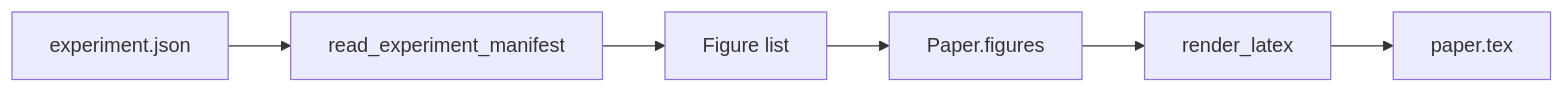
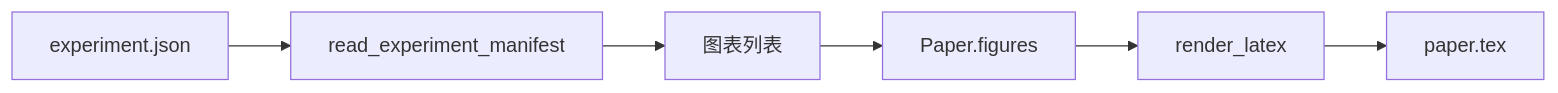
The second of 3 diagrams in phases/19-capstone-projects/54-paper-writer/docs/zh.md (alessandrodinisio-ai/ai-engineering-learning-framework), drawn with Mermaid before and after one commit. The commit also changed other lines of this file and 120 other files, not shown here.

First line of the commit message:
i18n(mermaid): 337 个 mermaid 图表标签中文化

````diff
--- a/phases/19-capstone-projects/54-paper-writer/docs/zh.md
+++ b/phases/19-capstone-projects/54-paper-writer/docs/zh.md
@@ -54,8 +54,8 @@
 ```mermaid
 flowchart LR
     Exp[experiment.json] --> Reader[read_experiment_manifest]
-    Reader --> Figs[Figure list]
+    Reader --> Figs[图表列表]
     Figs --> Paper[Paper.figures]
     Paper --> Render[render_latex]
     Render --> Out[paper.tex]
 ```
````
